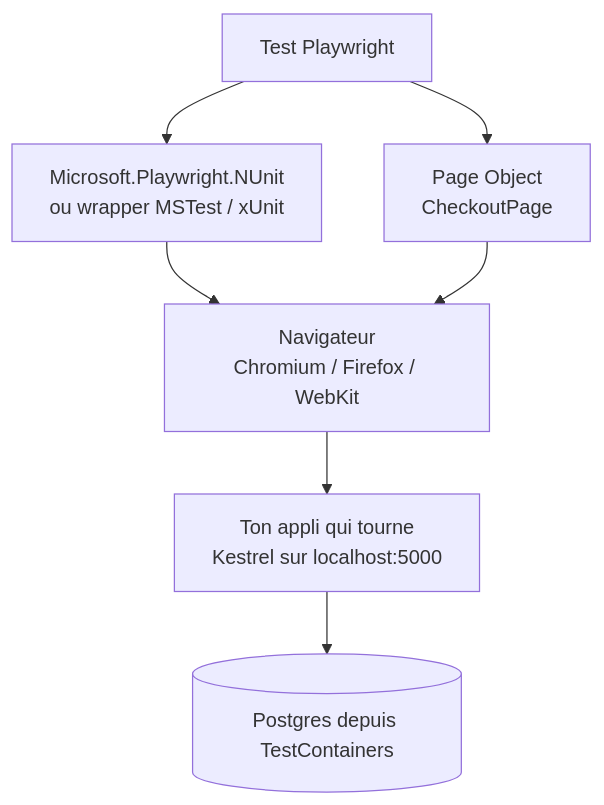
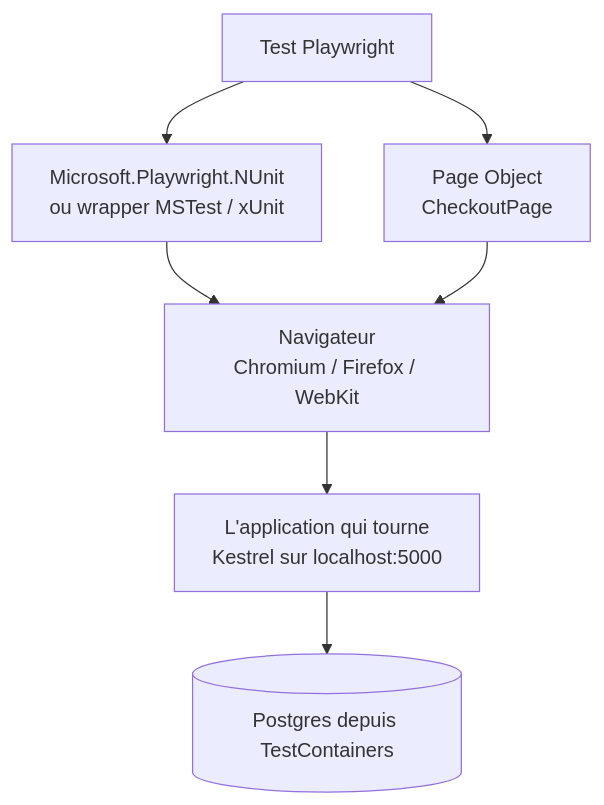
One commit to MohamedMustapha/dotnet-senior-blog changed the diagram in content/fr/posts/testing-e2e-playwright.md. Above: the diagram before and after it, drawn with Mermaid. The commit also changed other lines of this file and 13 other files, not shown here.

```diff
--- a/content/fr/posts/testing-e2e-playwright.md
+++ b/content/fr/posts/testing-e2e-playwright.md
@@ -31,9 +31,9 @@
 {{< mermaid >}}
 graph TD
     A[Test Playwright] --> B[Microsoft.Playwright.NUnit<br/>ou wrapper MSTest / xUnit]
     B --> C[Navigateur<br/>Chromium / Firefox / WebKit]
-    C --> D[Ton appli qui tourne<br/>Kestrel sur localhost:5000]
+    C --> D[L'application qui tourne<br/>Kestrel sur localhost:5000]
     D --> E[(Postgres depuis TestContainers)]
     A --> F[Page Object<br/>CheckoutPage]
     F --> C
 {{< /mermaid >}}
```
